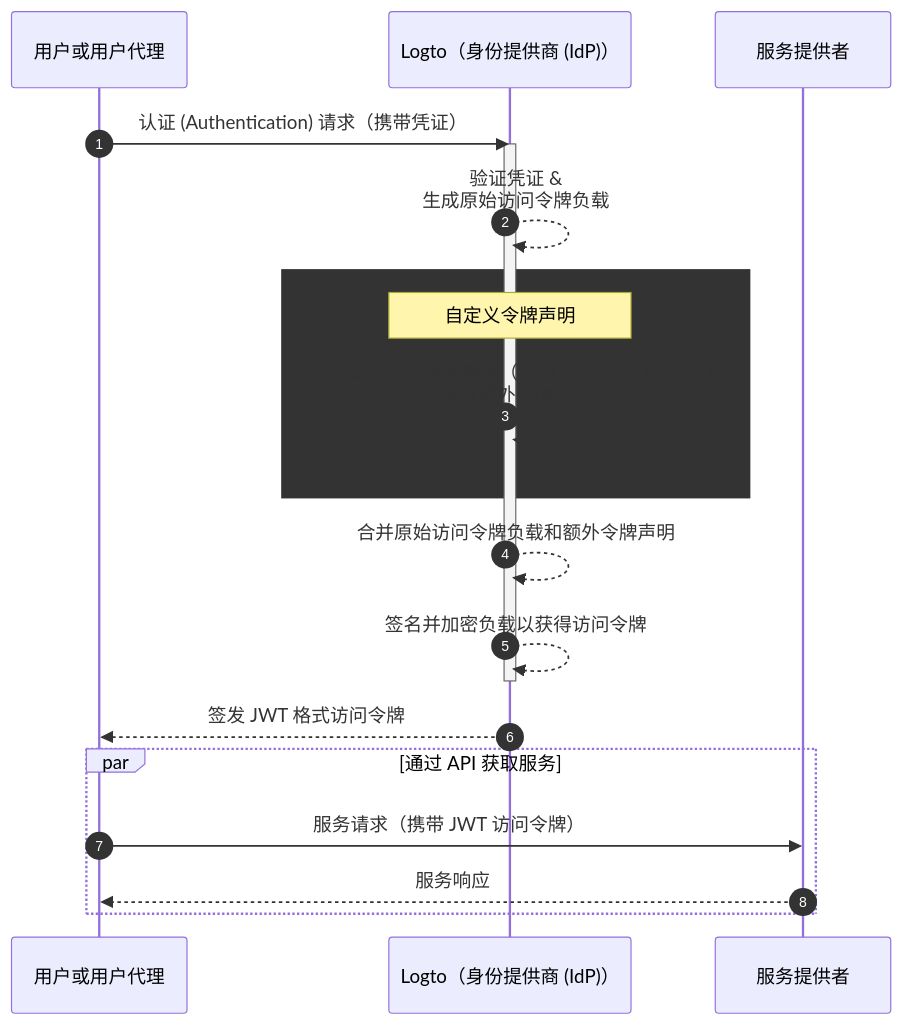
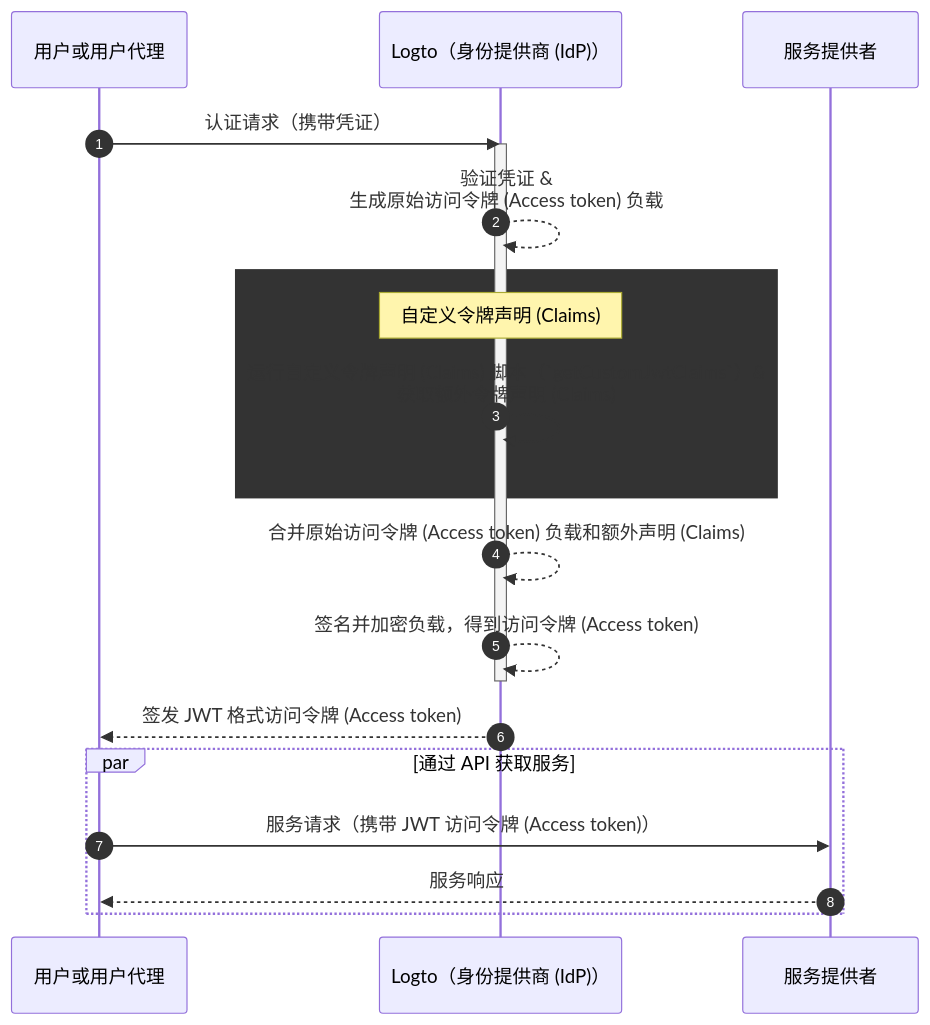
One commit to logto-io/docs changed the diagram in i18n/zh-CN/docusaurus-plugin-content-docs/current/developers/custom-token-claims/README.mdx. Above: the diagram before and after it, drawn with Mermaid. The commit also changed other lines of this file and 666 other files, not shown here.

````diff
--- a/i18n/zh-CN/docusaurus-plugin-content-docs/current/developers/custom-token-claims/README.mdx
+++ b/i18n/zh-CN/docusaurus-plugin-content-docs/current/developers/custom-token-claims/README.mdx
@@ -26,23 +26,23 @@
 ```mermaid
 sequenceDiagram
   participant U as 用户或用户代理
   participant IdP as Logto（身份提供商 (IdP)）
   participant SP as 服务提供者
 
   autonumber
-  U ->> IdP: 认证 (Authentication) 请求（携带凭证）
+  U ->> IdP: 认证请求（携带凭证）
   activate IdP
-  IdP-->>IdP: 验证凭证 &<br/>生成原始访问令牌负载
+  IdP-->>IdP: 验证凭证 &<br/>生成原始访问令牌 (Access token) 负载
   rect var(--mermaid-rect-fill)
-  note over IdP: 自定义令牌声明
-  IdP->>IdP: 运行自定义令牌声明脚本（`getCustomJwtClaims`）&<br/>获取额外令牌声明
+  note over IdP: 自定义令牌声明 (Claims)
+  IdP->>IdP: 运行自定义令牌声明 (Claims) 脚本（`getCustomJwtClaims`）&<br/>获取额外令牌声明 (Claims)
   end
-  IdP-->>IdP: 合并原始访问令牌负载和额外令牌声明
-  IdP-->>IdP: 签名并加密负载以获得访问令牌
+  IdP-->>IdP: 合并原始访问令牌 (Access token) 负载和额外声明 (Claims)
+  IdP-->>IdP: 签名并加密负载，得到访问令牌 (Access token)
   deactivate IdP
-  IdP-->>U: 签发 JWT 格式访问令牌
+  IdP-->>U: 签发 JWT 格式访问令牌 (Access token)
   par 通过 API 获取服务
-  U->>SP: 服务请求（携带 JWT 访问令牌）
+  U->>SP: 服务请求（携带 JWT 访问令牌 (Access token)）
   SP-->>U: 服务响应
   end
 ```
````
